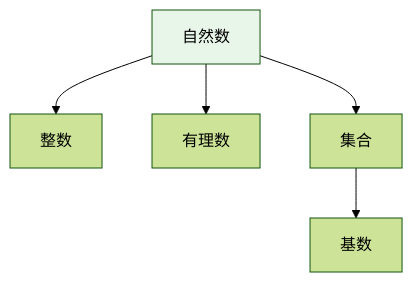
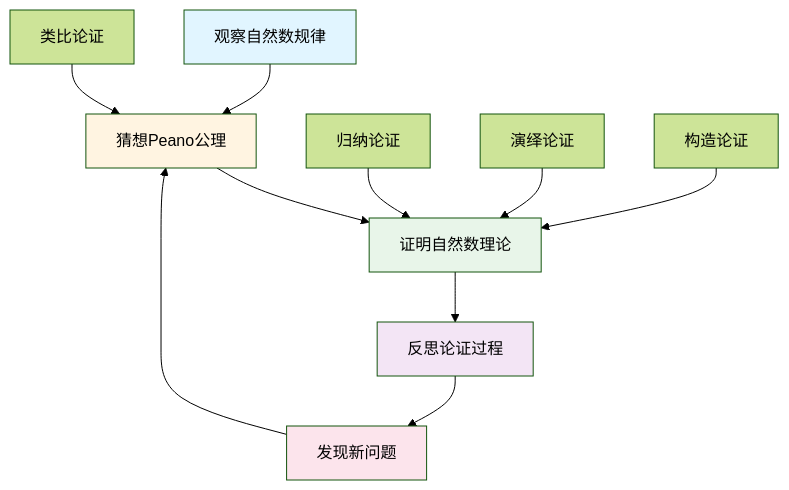
One commit to AdaMartin18010/FormalMath changed the fifth of 11 diagrams in concept/核心概念/03-自然数.md. Above: the diagram before and after it, drawn with Mermaid (forest theme). The commit also changed other lines of this file and 4793 other files, not shown here.

````diff
--- a/concept/核心概念/03-自然数.md
+++ b/concept/核心概念/03-自然数.md
@@ -822,9 +1921,19 @@
 ```mermaid
 graph TD
-    A[自然数] --> B[整数]
-    A --> C[有理数]
-    A --> D[集合]
-    D --> E[基数]
+    A[观察自然数规律] --> B[猜想Peano公理]
+    B --> C[证明自然数理论]
+    C --> D[反思论证过程]
+    D --> E[发现新问题]
+    E --> B
 
-    style A fill:#e8f5e9
+    F[归纳论证] --> C
+    G[演绎论证] --> C
+    H[类比论证] --> B
+    I[构造论证] --> C
+
+    style A fill:#e1f5ff
+    style B fill:#fff4e1
+    style C fill:#e8f5e9
+    style D fill:#f3e5f5
+    style E fill:#fce4ec
 ```
````
